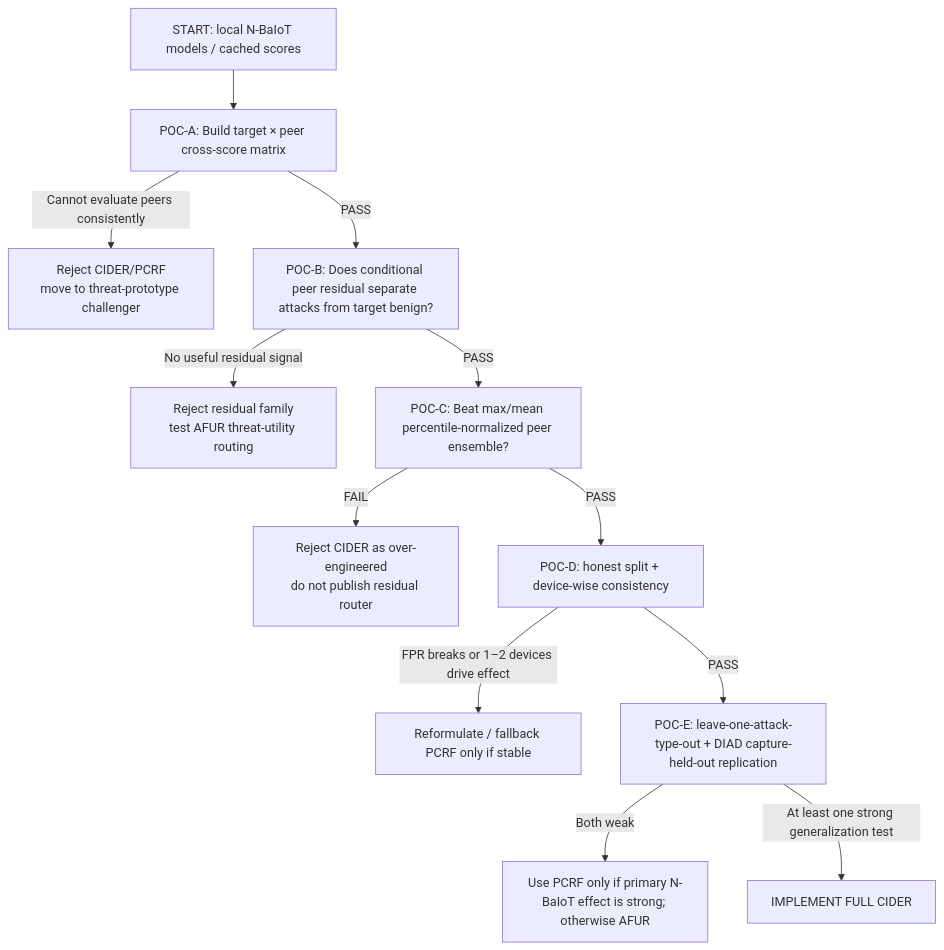
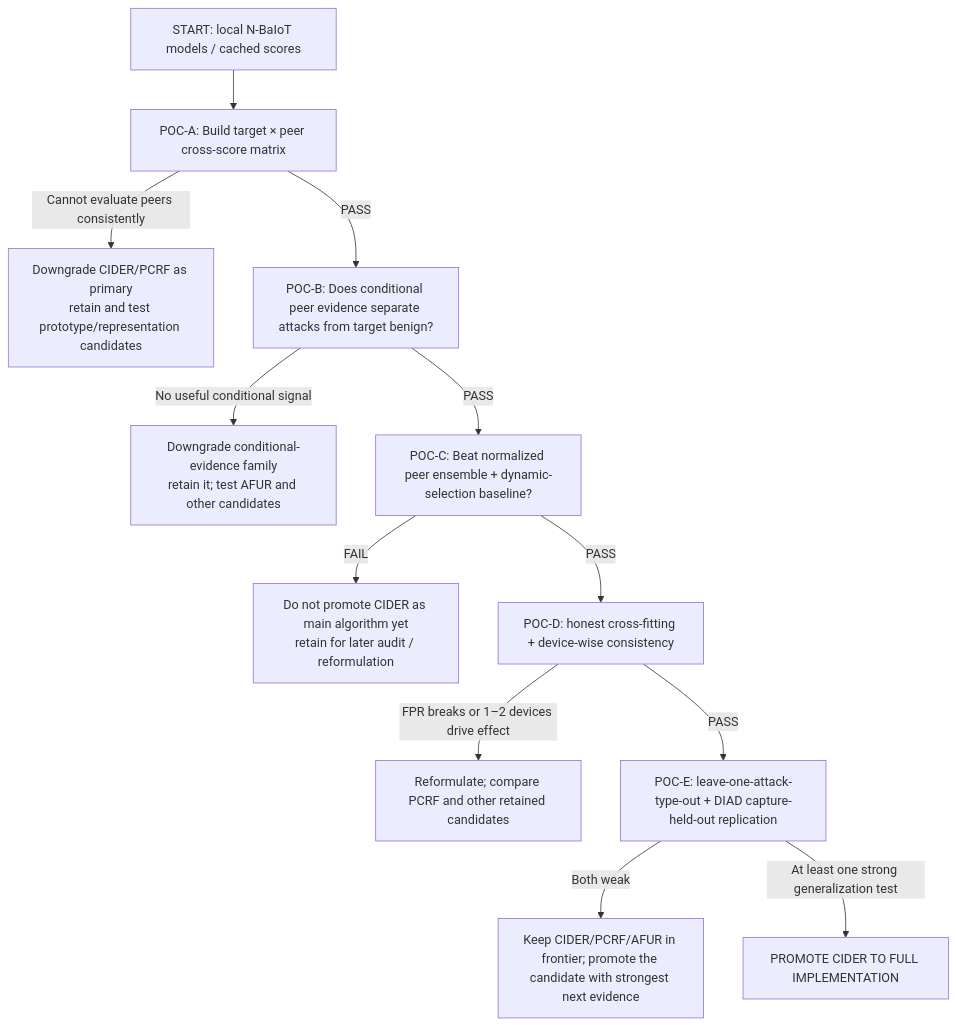
One commit to naslouby-salahe/FedCampaign-EMHI changed the second of 4 diagrams in docs/Candidates.md. Above: the diagram before and after it, drawn with Mermaid. The commit also changed other lines of this file, not shown here.

````diff
--- a/docs/Candidates.md
+++ b/docs/Candidates.md
@@ -539,14 +568,14 @@
 ```mermaid
 flowchart TD
     S["START: local N-BaIoT models / cached scores"] --> A["POC-A: Build target × peer cross-score matrix"]
-    A -->|Cannot evaluate peers consistently| A0["Reject CIDER/PCRF<br/>move to threat-prototype challenger"]
-    A -->|PASS| B["POC-B: Does conditional peer residual separate attacks from target benign?"]
-    B -->|No useful residual signal| B0["Reject residual family<br/>test AFUR threat-utility routing"]
-    B -->|PASS| C["POC-C: Beat max/mean percentile-normalized peer ensemble?"]
-    C -->|FAIL| C0["Reject CIDER as over-engineered<br/>do not publish residual router"]
-    C -->|PASS| D["POC-D: honest split + device-wise consistency"]
-    D -->|FPR breaks or 1–2 devices drive effect| D0["Reformulate / fallback PCRF only if stable"]
+    A -->|Cannot evaluate peers consistently| A0["Downgrade CIDER/PCRF as primary<br/>retain and test prototype/representation candidates"]
+    A -->|PASS| B["POC-B: Does conditional peer evidence separate attacks from target benign?"]
+    B -->|No useful conditional signal| B0["Downgrade conditional-evidence family<br/>retain it; test AFUR and other candidates"]
+    B -->|PASS| C["POC-C: Beat normalized peer ensemble + dynamic-selection baseline?"]
+    C -->|FAIL| C0["Do not promote CIDER as main algorithm yet<br/>retain for later audit / reformulation"]
+    C -->|PASS| D["POC-D: honest cross-fitting + device-wise consistency"]
+    D -->|FPR breaks or 1–2 devices drive effect| D0["Reformulate; compare PCRF and other retained candidates"]
     D -->|PASS| E["POC-E: leave-one-attack-type-out + DIAD capture-held-out replication"]
-    E -->|Both weak| F["Use PCRF only if primary N-BaIoT effect is strong; otherwise AFUR"]
-    E -->|At least one strong generalization test| G["IMPLEMENT FULL CIDER"]
+    E -->|Both weak| F["Keep CIDER/PCRF/AFUR in frontier; promote the candidate with strongest next evidence"]
+    E -->|At least one strong generalization test| G["PROMOTE CIDER TO FULL IMPLEMENTATION"]
 ```
````
